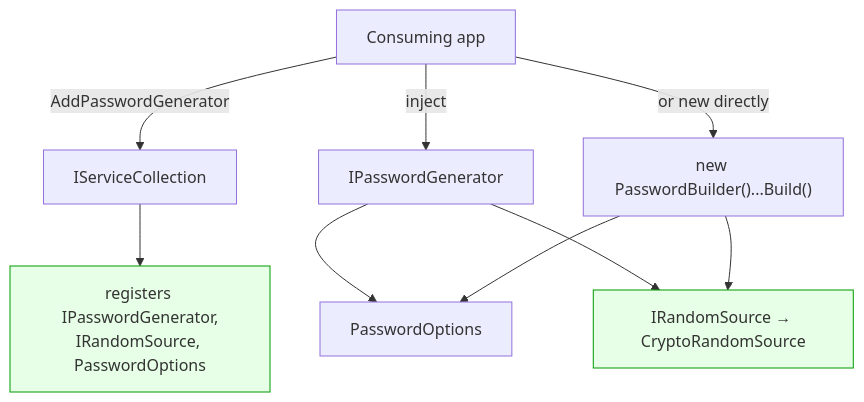
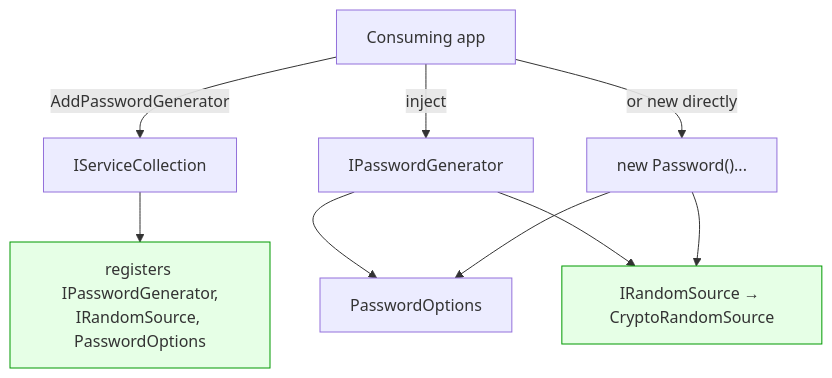
Before and after one commit to prjseal/PasswordGenerator: the second of 3 diagrams in docs/v3-target/architecture.md, drawn with Mermaid. The commit also changed other lines of this file and 7 other files, not shown here.

````diff
--- a/docs/v3-target/architecture.md
+++ b/docs/v3-target/architecture.md
@@ -72,13 +81,13 @@
 ```mermaid
 flowchart TD
     App["Consuming app"] -->|AddPasswordGenerator| DI["IServiceCollection"]
     DI --> Reg["registers IPasswordGenerator,<br/>IRandomSource, PasswordOptions"]
     App -->|inject| IPG["IPasswordGenerator"]
-    App -->|or new directly| Builder["new PasswordBuilder()...Build()"]
+    App -->|or new directly| Builder["new Password()..."]
     IPG --> OPT[PasswordOptions]
     Builder --> OPT
     IPG --> RNG["IRandomSource → CryptoRandomSource"]
     Builder --> RNG
     classDef good fill:#e6ffe6,stroke:#009900;
     class RNG,Reg good;
 ```
````
